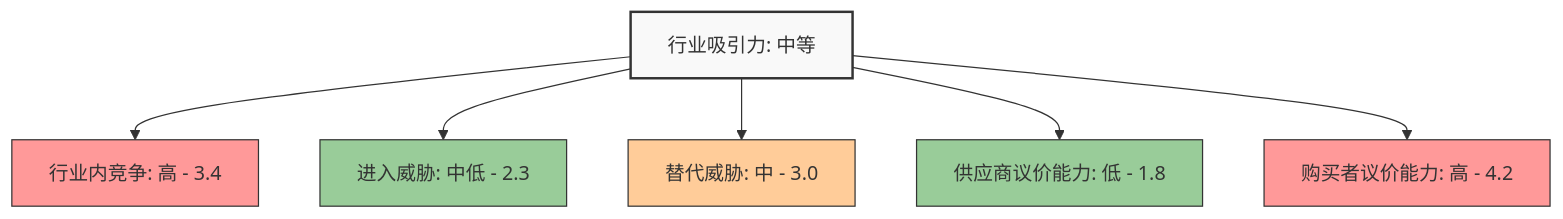
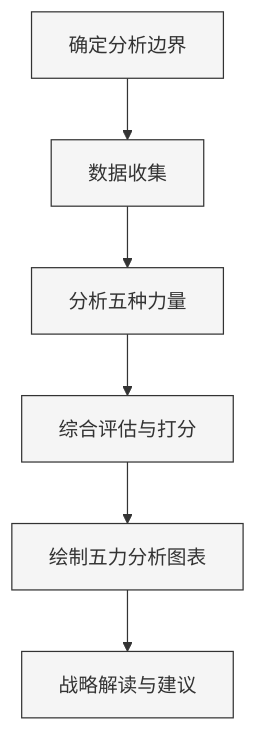
Before and after one commit to amcoimg/my-digital-garden: the second of 3 diagrams in src/site/notes/知识共享/002_商业分析/02_笔记/02_方法工具/波特五力模型应用笔记.md, drawn with Mermaid. The commit also changed other lines of this file, not shown here.

````diff
--- a/src/site/notes/知识共享/002_商业分析/02_笔记/02_方法工具/波特五力模型应用笔记.md
+++ b/src/site/notes/知识共享/002_商业分析/02_笔记/02_方法工具/波特五力模型应用笔记.md
@@ -230,15 +67,15 @@
 ```mermaid
-graph TD
-    A[行业吸引力: 中等] --> B[行业内竞争: 高 - 3.4]
-    A --> C[进入威胁: 中低 - 2.3]
-    A --> D[替代威胁: 中 - 3.0]
-    A --> E[供应商议价能力: 低 - 1.8]
-    A --> F[购买者议价能力: 高 - 4.2]
+flowchart TD
+    A[确定分析边界] --> B[数据收集]
+    B --> C[分析五种力量]
+    C --> D[综合评估与打分]
+    D --> E[绘制五力分析图表]
+    E --> F[战略解读与建议]
     
-    style A fill:#f9f9f9,stroke:#333,stroke-width:2px
-    style B fill:#ff9999,stroke:#333,stroke-width:1px
-    style C fill:#99cc99,stroke:#333,stroke-width:1px
-    style D fill:#ffcc99,stroke:#333,stroke-width:1px
-    style E fill:#99cc99,stroke:#333,stroke-width:1px
-    style F fill:#ff9999,stroke:#333,stroke-width:1px
+    style A fill:#f5f5f5,stroke:#333,stroke-width:1px
+    style B fill:#f5f5f5,stroke:#333,stroke-width:1px
+    style C fill:#f5f5f5,stroke:#333,stroke-width:1px
+    style D fill:#f5f5f5,stroke:#333,stroke-width:1px
+    style E fill:#f5f5f5,stroke:#333,stroke-width:1px
+    style F fill:#f5f5f5,stroke:#333,stroke-width:1px
 ```
````
